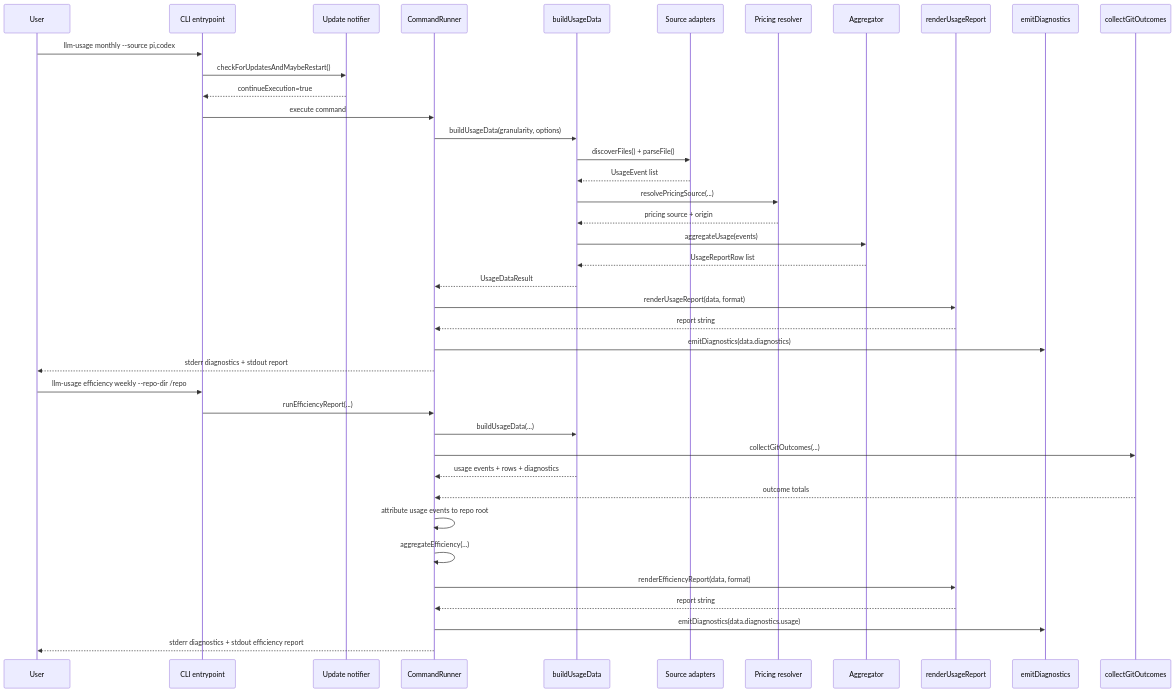
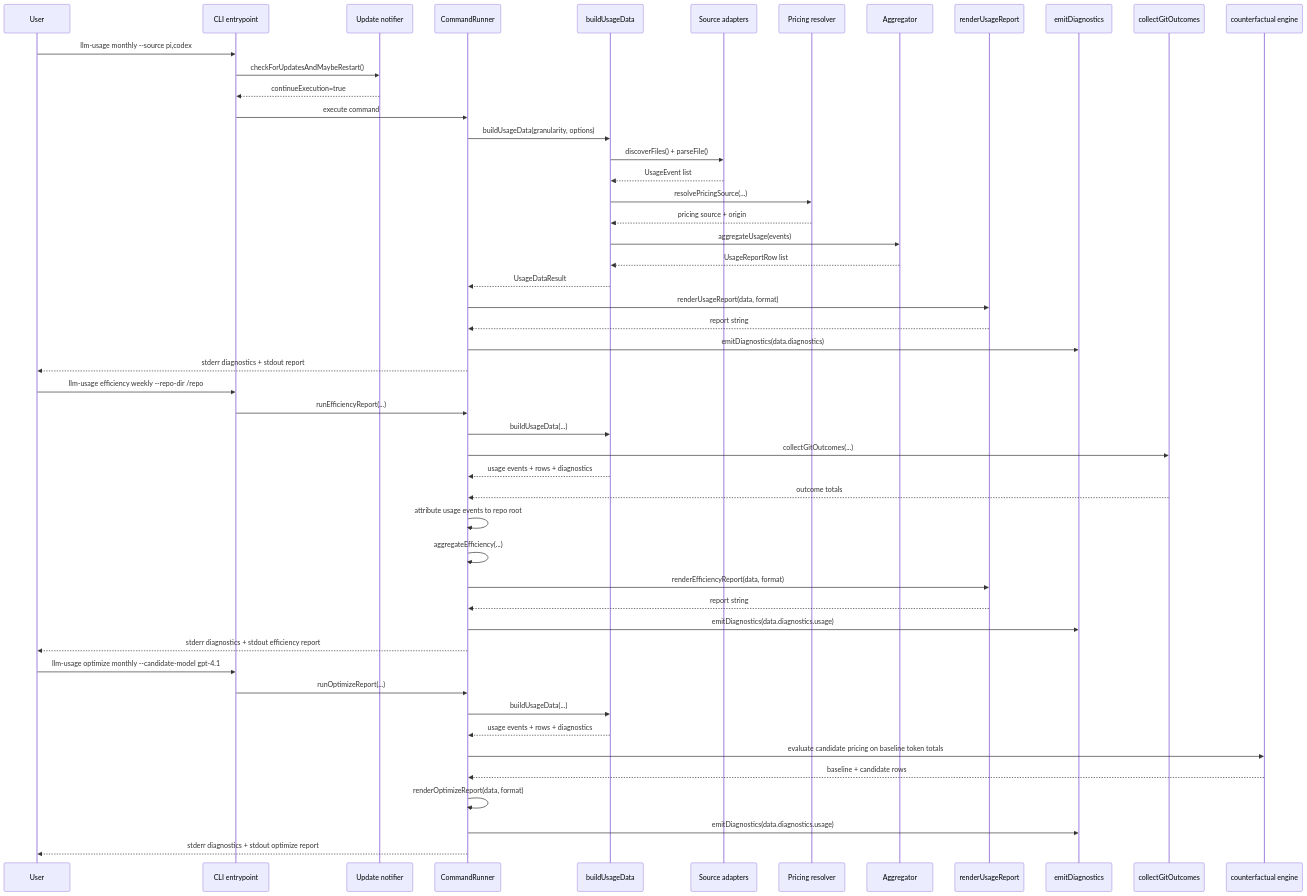
One commit to ben-vargas/ai-llm-usage-metrics changed the second of 2 diagrams in docs/architecture.md. Above: the diagram before and after it, drawn with Mermaid. The commit also changed other lines of this file and 8 other files, not shown here.

````diff
--- a/docs/architecture.md
+++ b/docs/architecture.md
@@ -53,44 +60,55 @@
 ```mermaid
 sequenceDiagram
     participant User
     participant Entry as CLI entrypoint
     participant Update as Update notifier
     participant Run as CommandRunner
     participant Build as buildUsageData
     participant Adapter as Source adapters
     participant Pricing as Pricing resolver
     participant Agg as Aggregator
     participant Render as renderUsageReport
     participant Emit as emitDiagnostics
     participant Git as collectGitOutcomes
+    participant Cfx as counterfactual engine
 
     User->>Entry: llm-usage monthly --source pi,codex
     Entry->>Update: checkForUpdatesAndMaybeRestart()
     Update-->>Entry: continueExecution=true
     Entry->>Run: execute command
     Run->>Build: buildUsageData(granularity, options)
     Build->>Adapter: discoverFiles() + parseFile()
     Adapter-->>Build: UsageEvent list
     Build->>Pricing: resolvePricingSource(...)
     Pricing-->>Build: pricing source + origin
     Build->>Agg: aggregateUsage(events)
     Agg-->>Build: UsageReportRow list
     Build-->>Run: UsageDataResult
     Run->>Render: renderUsageReport(data, format)
     Render-->>Run: report string
     Run->>Emit: emitDiagnostics(data.diagnostics)
     Run-->>User: stderr diagnostics + stdout report
 
     User->>Entry: llm-usage efficiency weekly --repo-dir /repo
     Entry->>Run: runEfficiencyReport(...)
     Run->>Build: buildUsageData(...)
     Run->>Git: collectGitOutcomes(...)
     Build-->>Run: usage events + rows + diagnostics
     Git-->>Run: outcome totals
     Run->>Run: attribute usage events to repo root
     Run->>Run: aggregateEfficiency(...)
     Run->>Render: renderEfficiencyReport(data, format)
     Render-->>Run: report string
     Run->>Emit: emitDiagnostics(data.diagnostics.usage)
     Run-->>User: stderr diagnostics + stdout efficiency report
+
+    User->>Entry: llm-usage optimize monthly --candidate-model gpt-4.1
+    Entry->>Run: runOptimizeReport(...)
+    Run->>Build: buildUsageData(...)
+    Build-->>Run: usage events + rows + diagnostics
+    Run->>Cfx: evaluate candidate pricing on baseline token totals
+    Cfx-->>Run: baseline + candidate rows
+    Run->>Run: renderOptimizeReport(data, format)
+    Run->>Emit: emitDiagnostics(data.diagnostics.usage)
+    Run-->>User: stderr diagnostics + stdout optimize report
 ```
````
